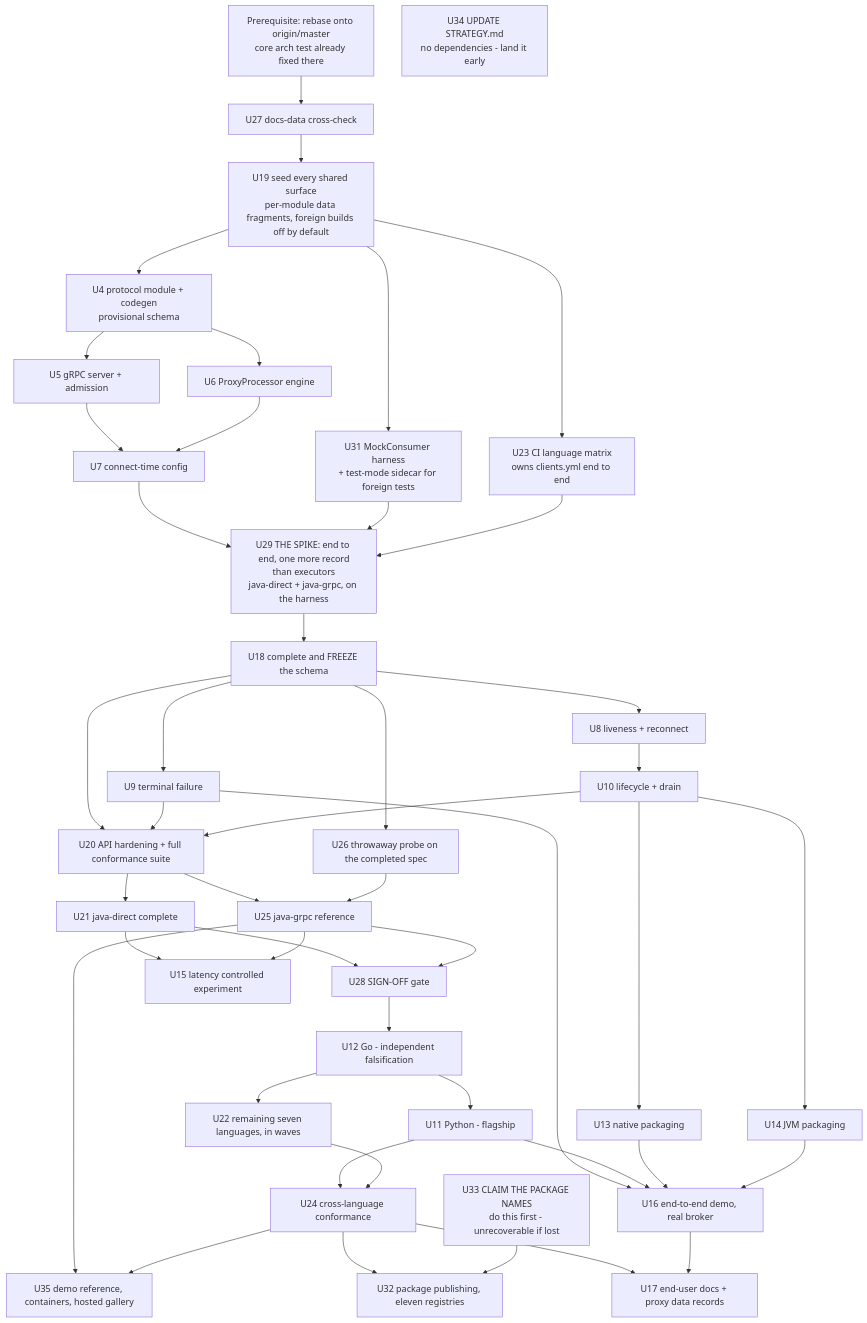
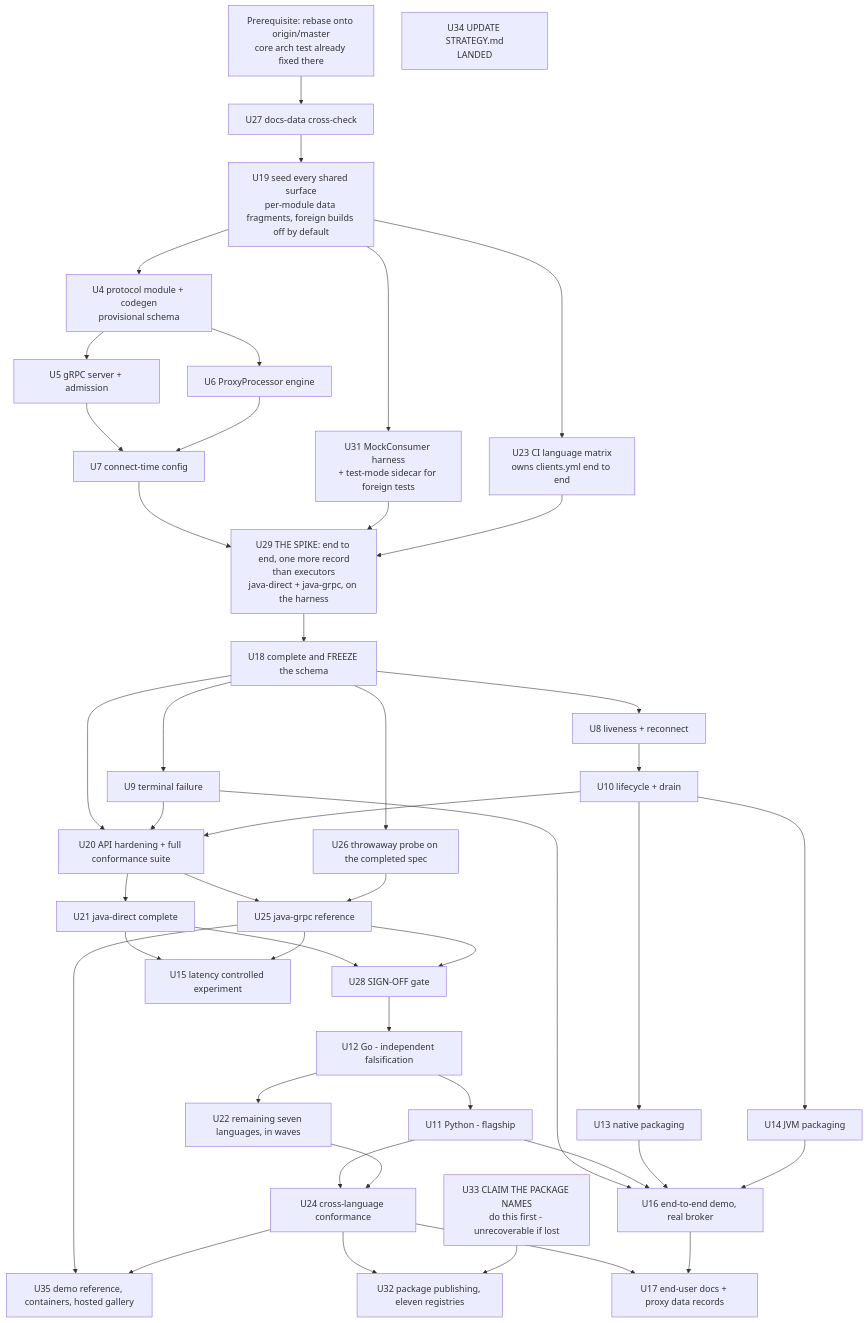
One commit to astubbs/parallel-consumer changed the seventh of 7 diagrams in docs/plans/2026-08-14-001-feat-language-proxy-plan.md. Above: the diagram before and after it, drawn with Mermaid. The commit also changed other lines of this file, not shown here.

````diff
--- a/docs/plans/2026-08-14-001-feat-language-proxy-plan.md
+++ b/docs/plans/2026-08-14-001-feat-language-proxy-plan.md
@@ -636,49 +636,49 @@
 ```mermaid
 flowchart TB
   U33["U33 CLAIM THE PACKAGE NAMES<br/>do this first - unrecoverable if lost"]
   rebase["Prerequisite: rebase onto origin/master<br/>core arch test already fixed there"] --> U27["U27 docs-data cross-check"]
   U27 --> U19["U19 seed every shared surface<br/>per-module data fragments, foreign builds off by default"]
   U19 --> U23["U23 CI language matrix<br/>owns clients.yml end to end"]
   U19 --> U4["U4 protocol module + codegen<br/>provisional schema"]
   U19 --> U31["U31 MockConsumer harness<br/>+ test-mode sidecar for foreign tests"]
   U4 --> U5["U5 gRPC server + admission"]
   U4 --> U6["U6 ProxyProcessor engine"]
   U5 --> U7["U7 connect-time config"]
   U6 --> U7
   U7 --> U29["U29 THE SPIKE: end to end, one more record<br/>than executors<br/>java-direct + java-grpc, on the harness"]
   U31 --> U29
   U23 --> U29
   U29 --> U18["U18 complete and FREEZE the schema"]
   U18 --> U8["U8 liveness + reconnect"]
   U18 --> U9["U9 terminal failure"]
   U18 --> U26["U26 throwaway probe on the completed spec"]
   U18 --> U20["U20 API hardening + full conformance suite"]
   U8 --> U10["U10 lifecycle + drain"]
   U9 --> U20
   U10 --> U20
   U10 --> U13["U13 native packaging"]
   U10 --> U14["U14 JVM packaging"]
   U20 --> U21["U21 java-direct complete"]
   U20 --> U25["U25 java-grpc reference"]
   U26 --> U25
   U21 --> U28["U28 SIGN-OFF gate"]
   U25 --> U28
   U28 --> U12["U12 Go - independent falsification"]
   U12 --> U11["U11 Python - flagship"]
   U12 --> U22["U22 remaining seven languages, in waves"]
   U11 --> U24["U24 cross-language conformance"]
   U22 --> U24
   U21 --> U15["U15 latency controlled experiment"]
   U25 --> U15
   U9 --> U16["U16 end-to-end demo, real broker"]
   U11 --> U16
   U13 --> U16
   U14 --> U16
   U24 --> U17["U17 end-user docs + proxy data records"]
   U16 --> U17
   U24 --> U32["U32 package publishing, eleven registries"]
   U33 --> U32
-  U34["U34 UPDATE STRATEGY.md<br/>no dependencies - land it early"]
+  U34["U34 UPDATE STRATEGY.md<br/>LANDED"]
   U25 --> U35["U35 demo reference, containers, hosted gallery"]
   U24 --> U35
 ```
````
